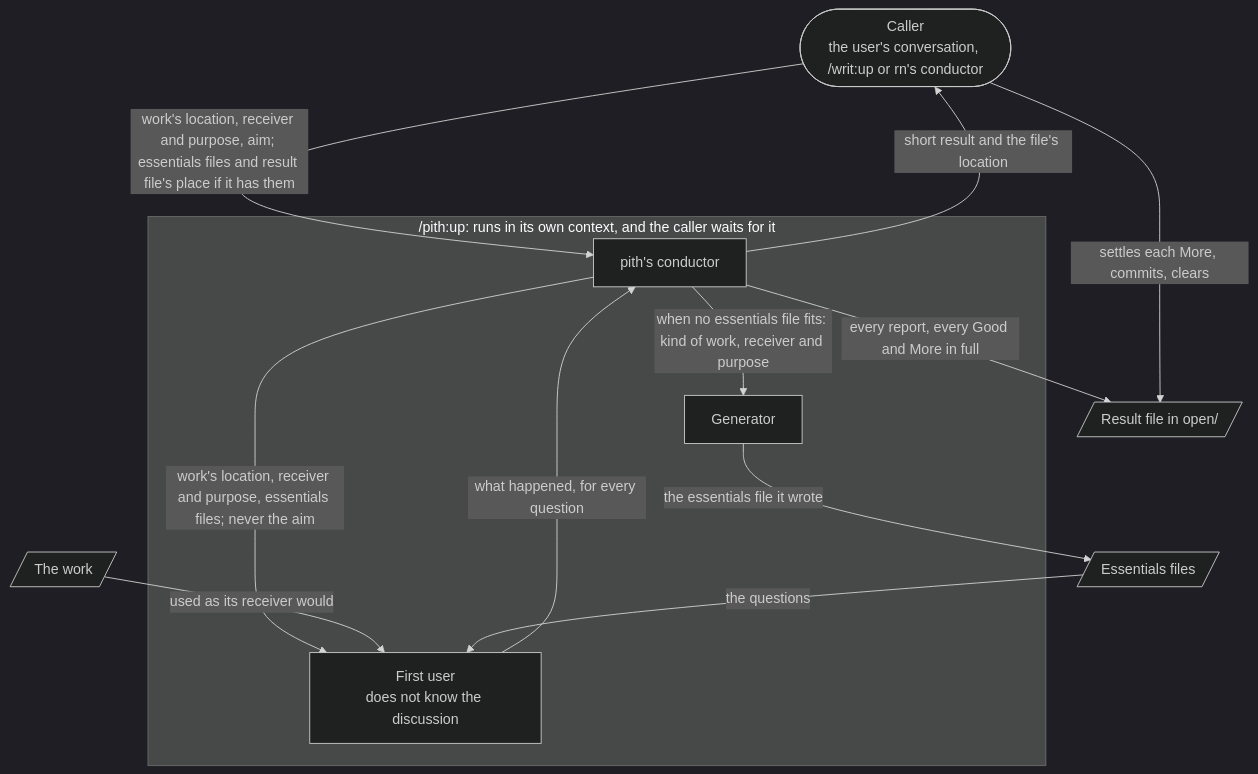
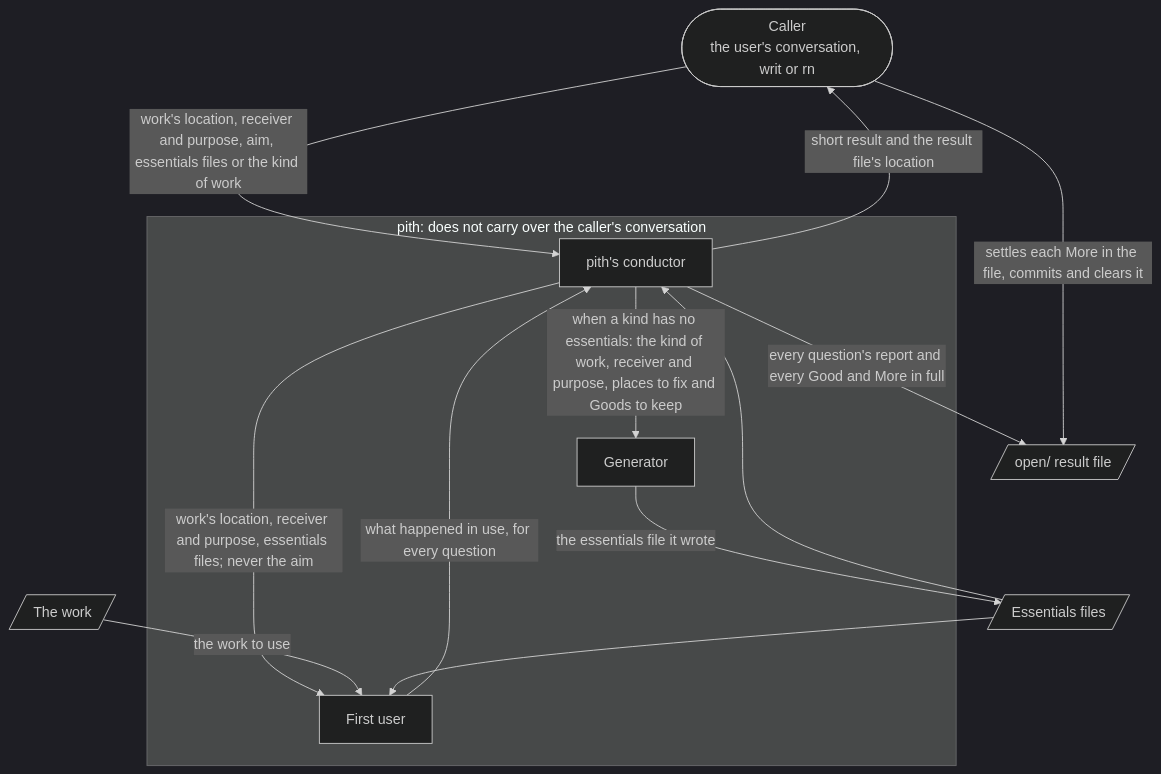
Before and after one commit to lovaizu/ccpm: the first of 4 diagrams in pith/docs/design.md, drawn with Mermaid (dark theme). The commit also changed other lines of this file and 3 other files, not shown here.

First line of the commit message:
rn: write pith's design and verification documents as a cut-out of writ's design

````diff
--- a/pith/docs/design.md
+++ b/pith/docs/design.md
@@ -8,22 +5,23 @@
 ```mermaid
 flowchart TD
-  CA(["Caller<br/>the user's conversation, /writ:up or rn's conductor"])
-  subgraph P["/pith:up: runs in its own context, and the caller waits for it"]
-    PC["pith's conductor"]
-    FU["First user<br/>does not know the discussion"]
-    G["Generator"]
+  K([Caller<br/>the user's conversation, writ or rn])
+  subgraph P[pith: does not carry over the caller's conversation]
+    PC[pith's conductor]
+    FU[First user]
+    G[Generator]
   end
-  W[/"The work"/]
-  E[/"Essentials files"/]
-  RF[/"Result file in open/"/]
-  CA -->|"work's location, receiver and purpose, aim; essentials files and result file's place if it has them"| PC
-  PC -->|"work's location, receiver and purpose, essentials files; never the aim"| FU
-  W -->|"used as its receiver would"| FU
-  FU -->|"what happened, for every question"| PC
-  PC -->|"when no essentials file fits: kind of work, receiver and purpose"| G
-  G -->|"the essentials file it wrote"| E
-  E -->|"the questions"| FU
-  PC -->|"every report, every Good and More in full"| RF
-  PC -->|"short result and the file's location"| CA
-  CA -->|"settles each More, commits, clears"| RF
+  W[/The work/]
+  E[/Essentials files/]
+  RF[/open/ result file/]
+  K -->|work's location, receiver and purpose, aim, essentials files or the kind of work| PC
+  PC -->|work's location, receiver and purpose, essentials files; never the aim| FU
+  W -->|the work to use| FU
+  FU -->|what happened in use, for every question| PC
+  PC -->|every question's report and every Good and More in full| RF
+  PC -->|short result and the result file's location| K
+  K -->|settles each More in the file, commits and clears it| RF
+  PC -->|when a kind has no essentials: the kind of work, receiver and purpose, places to fix and Goods to keep| G
+  G -->|the essentials file it wrote| E
+  E --> FU
+  E --> PC
 ```
````
